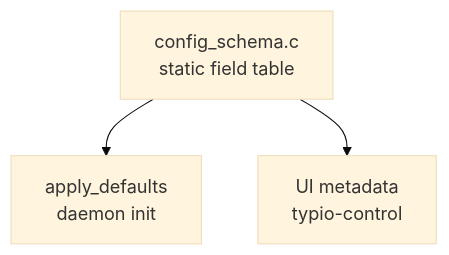
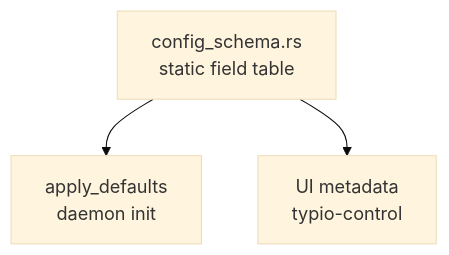
The diagram in docs/explanation/configuration-system.md (ming2k/typio), drawn with Mermaid (base theme) before and after one commit. The commit also changed other lines of this file and 103 other files, not shown here.

````diff
--- a/docs/explanation/configuration-system.md
+++ b/docs/explanation/configuration-system.md
@@ -9,6 +9,6 @@
 ```mermaid
 flowchart TD
-    Schema[config_schema.c<br/>static field table]
+    Schema[config_schema.rs<br/>static field table]
     Schema --> Defaults[apply_defaults<br/>daemon init]
     Schema --> UI[UI metadata<br/>typio-control]
 ```
````
